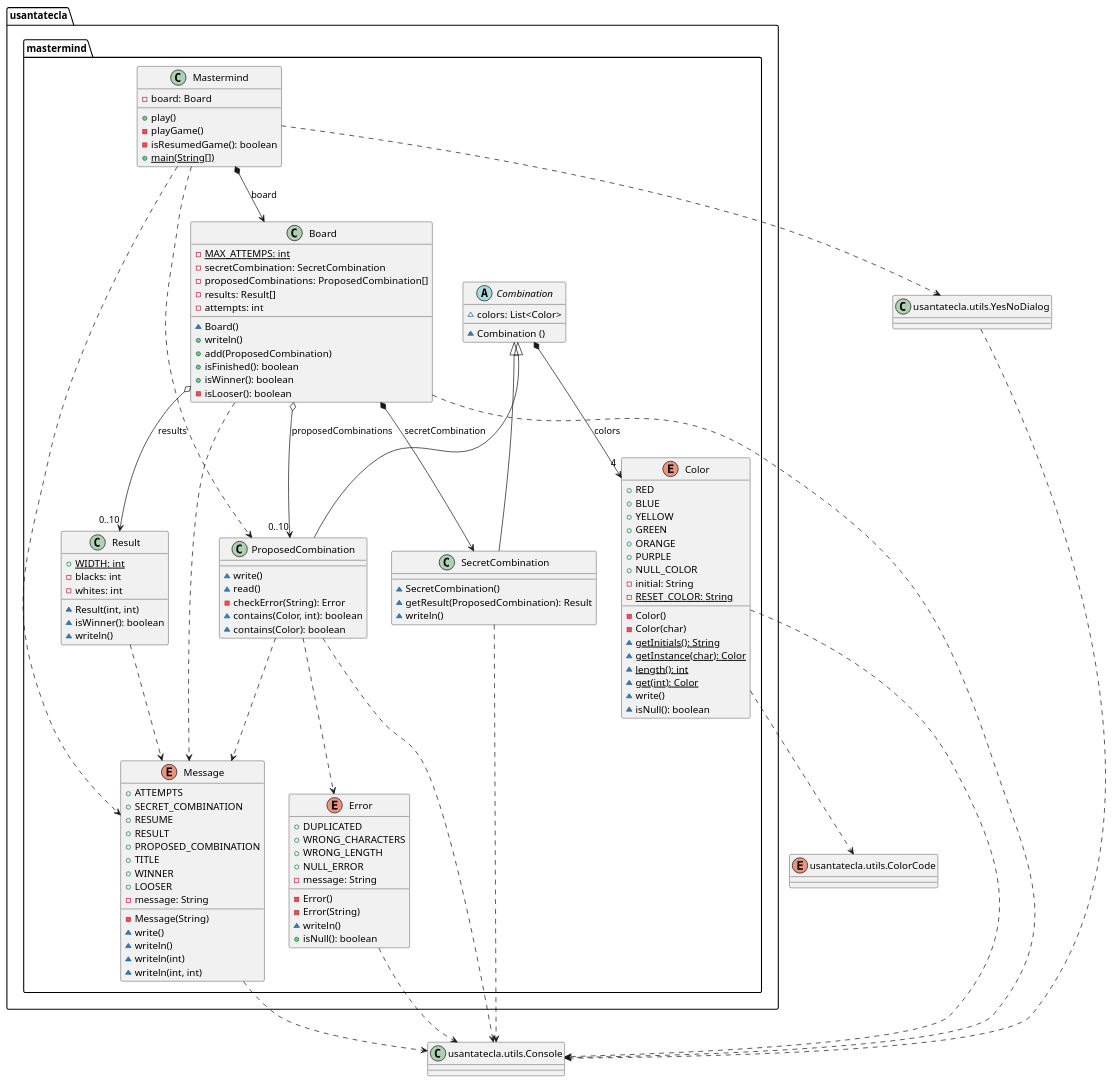
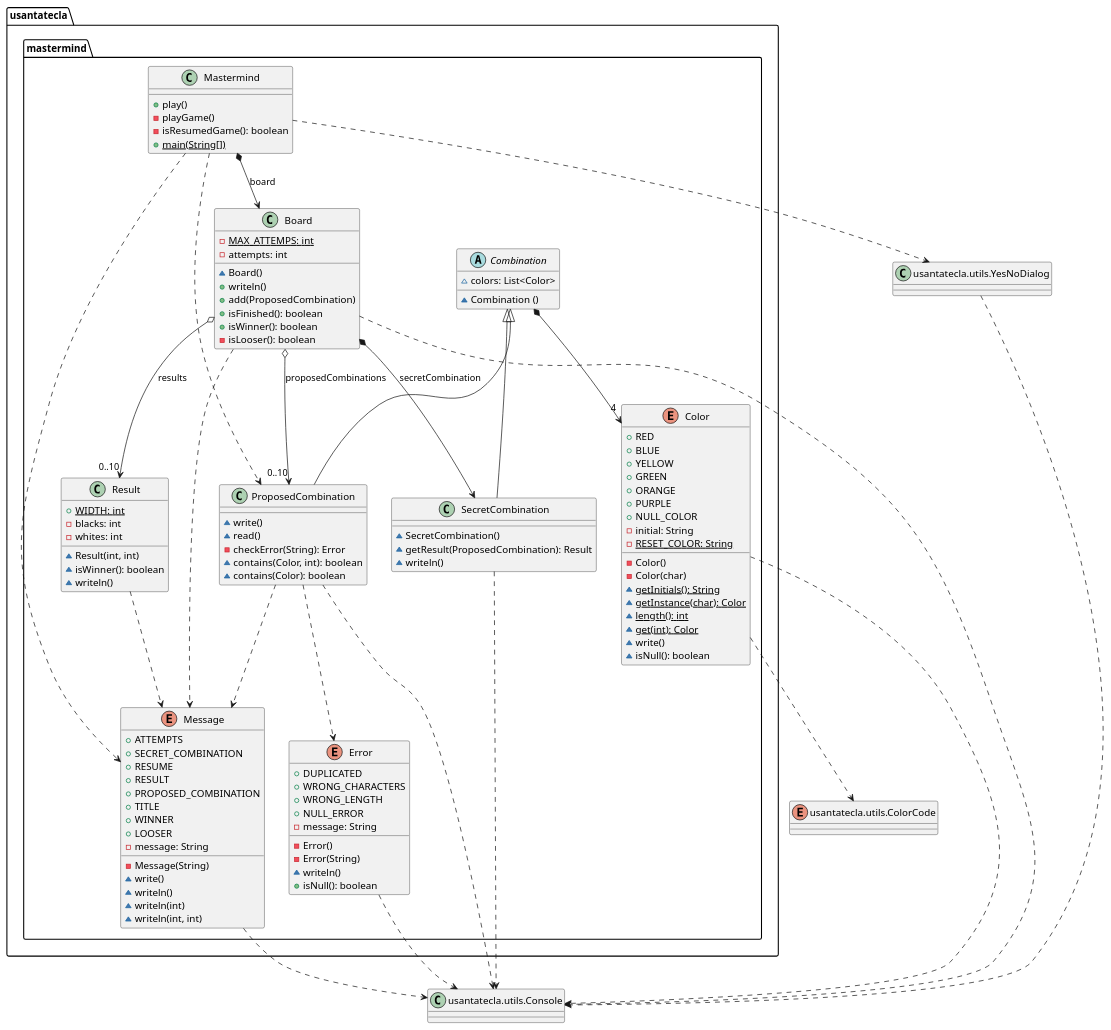
Before and after one commit to SantaTecla-mastermind/solution.java.swing.socket.sql: the first of 2 diagrams in domainModel/docs/diagrams/src/paquetes.plantuml, drawn with PlantUML. The commit also changed other lines of this file and 2 other files, not shown here.

Commit message:
DomainModel diagrams finished

```diff
--- a/domainModel/docs/diagrams/src/paquetes.plantuml
+++ b/domainModel/docs/diagrams/src/paquetes.plantuml
@@ -1,150 +1,146 @@
 @startuml mastermind
 package usantatecla.mastermind {
 class Mastermind {
-	- board: Board 
 	+ play()
 	- playGame()
 	- isResumedGame(): boolean 
 	+ {static} main(String[])
 }
 
 
 class Board {
   - MAX_ATTEMPS: {static} int 
-  - secretCombination: SecretCombination 
-  - proposedCombinations: ProposedCombination[] 
-  - results: Result[] 
   - attempts: int 
   ~ Board()
   + writeln()
   + add(ProposedCombination)
   + isFinished(): boolean 
   + isWinner(): boolean 
   - isLooser(): boolean 
 }
 
 abstract class Combination {
 	~ colors: List<Color> 
 	~ Combination ()
 }
 
 class SecretCombination {
 	~ SecretCombination()
 	~ getResult(ProposedCombination): Result 
 	~ writeln()
 }
 
 class ProposedCombination {
 	~write()
 	~read()
 	- checkError(String): Error 
 	~ contains(Color, int): boolean 
 	~ contains(Color): boolean 
 }
 
 class Result{
 	+ WIDTH: {static} int 
 	- blacks: int 
 	- whites: int 
 	~ Result(int, int)
 	~ isWinner(): boolean 
 	~ writeln()
 }
 
 enum Color {
 	+ RED
 	+ BLUE
 	+ YELLOW
 	+ GREEN
 	+ ORANGE
 	+ PURPLE
 	+ NULL_COLOR
 	- initial: String 
 	- RESET_COLOR: {static} String 
 	- Color()
 	- Color(char)
 	~ {static} getInitials(): String 
 	~ {static} getInstance(char): Color
 	~ {static} length(): int 
 	~ {static} get(int): Color 
 	~ write()
 	~ isNull(): boolean 
 }
 
 enum Error {
 	+ DUPLICATED
 	+ WRONG_CHARACTERS
 	+ WRONG_LENGTH
 	+ NULL_ERROR
 	- message: String
 	- Error()
 	- Error(String)
 	~ writeln()
 	+ isNull(): boolean 
 }
 
 enum Message {
 	+ ATTEMPTS
 	+ SECRET_COMBINATION
 	+ RESUME
 	+ RESULT
 	+ PROPOSED_COMBINATION
 	+ TITLE
 	+ WINNER
 	+ LOOSER
 	- message: String 
 	- Message(String)
 	~ write()
 	~ writeln()
 	~ writeln(int)
 	~ writeln(int, int)
 }
 
 
 
 Mastermind *-down-> Board : board
 Mastermind .down.> ProposedCombination
 Board *-down-> SecretCombination : secretCombination
 Board o-down-> "0..10" ProposedCombination : proposedCombinations
 Board o-down-> "0..10" Result : results
 
-Combination *-down-> "4" Color : colors
+Combination *-down-> "4" Color 
 Combination <|-down- SecretCombination
 Combination <|-down- ProposedCombination
 ProposedCombination .down.> Error
 
 
 Mastermind .down.> Message
 Board .down.> Message
 ProposedCombination .down.> Message
 Result .down.> Message
 
 }
 
 
 
 class Console as "usantatecla.utils.Console" {
 
 
 }
 
 class YesNoDialog as "usantatecla.utils.YesNoDialog" {
 
 }
 
 enum ColorCode as "usantatecla.utils.ColorCode" {
 
 }
 
 
 
 YesNoDialog .down.> Console
 Board .down.> Console
 Color .down.> Console
 Color .down.> ColorCode 
 Error .down.> Console
 Message .down.> Console
 ProposedCombination .down.> Console
 SecretCombination .down.> Console
 Mastermind .down.> YesNoDialog
 @enduml
```
